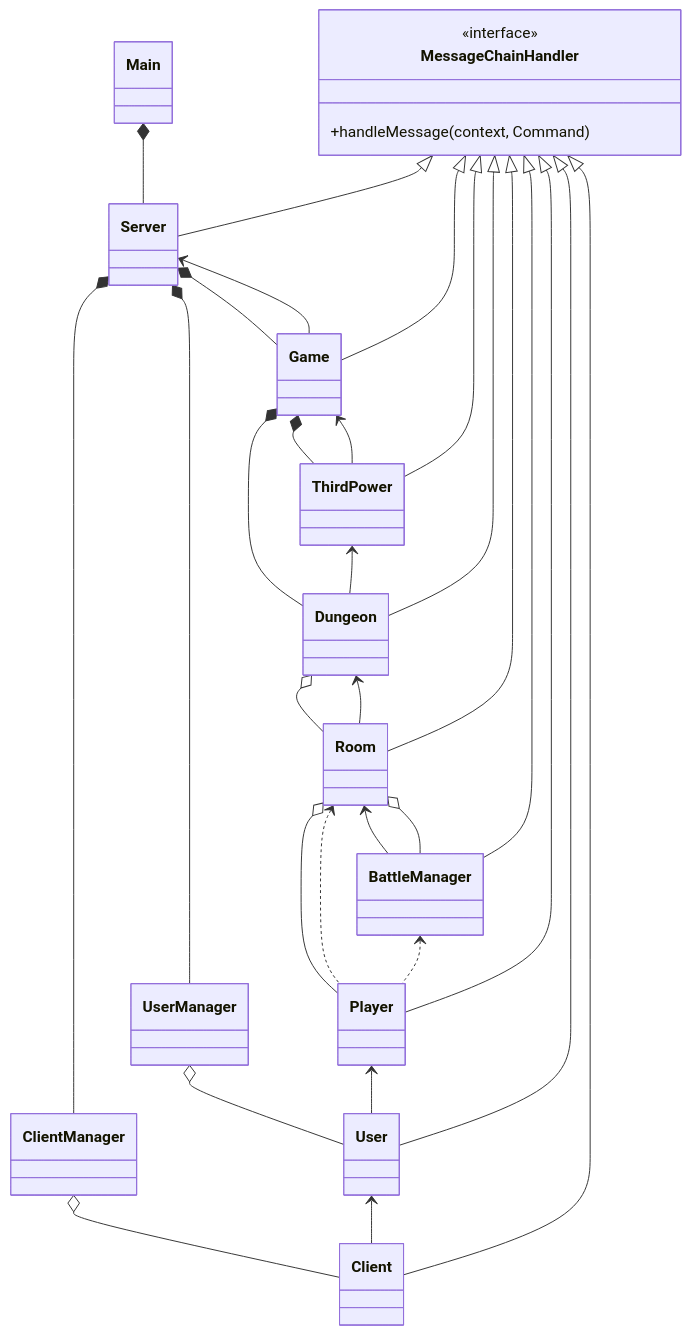
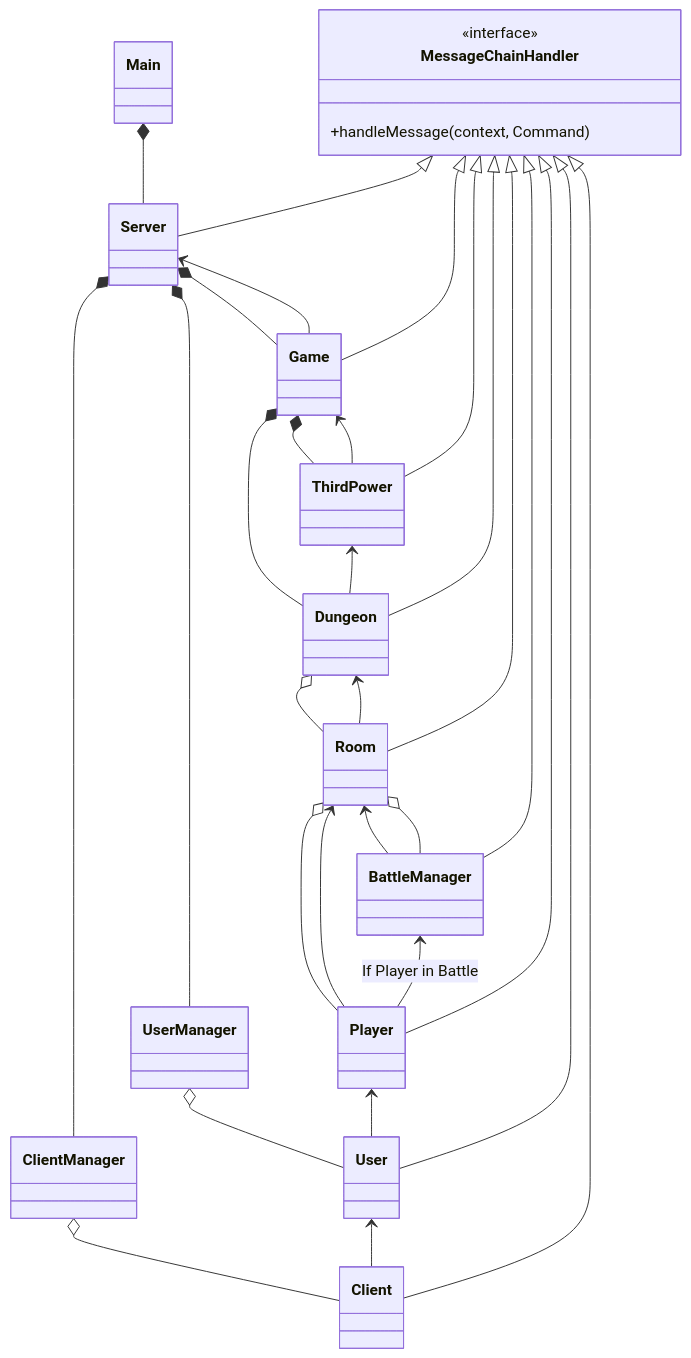
Before and after one commit to GeenDutchman/LHF-MUD: the second of 3 diagrams in gameserver/src/main/java/com/lhf/README.MD, drawn with Mermaid. The commit also changed 5 other files, not shown here.

````diff
--- a/gameserver/src/main/java/com/lhf/README.MD
+++ b/gameserver/src/main/java/com/lhf/README.MD
@@ -122,58 +122,58 @@
 ```mermaid
 classDiagram
     class MessageChainHandler
     <<interface>> MessageChainHandler
     MessageChainHandler: +handleMessage(context, Command)
     class Main
     class Server
     class UserManager
     class User
     class ClientManager
     class Client
     class Game
     class ThirdPower
     class Dungeon
     class Room
     class Player
     class BattleManager    
 
     Main *-- Server
     Server *-- ClientManager
     Server *-- UserManager
     Server *-- Game
 
     UserManager o-- User
     ClientManager o-- Client
 
 
     Game *-- ThirdPower
 
     Game *-- Dungeon
 
     Dungeon o-- Room
 
     Room o-- Player
 
     User <-- Client
     Player <-- User
-    Room <.. Player
+    Room <-- Player
     Room <-- BattleManager
-    BattleManager <.. Player
+    BattleManager <-- Player: If Player in Battle
     Dungeon <-- Room
     ThirdPower <-- Dungeon
     Game <-- ThirdPower
     Server <-- Game    
 
     Room o-- BattleManager
     
     MessageChainHandler <|-- BattleManager
     MessageChainHandler <|-- Player
     MessageChainHandler <|-- Room
     MessageChainHandler <|-- Dungeon
     MessageChainHandler <|-- ThirdPower
     MessageChainHandler <|-- Game
     MessageChainHandler <|-- Server
     MessageChainHandler <|-- User
     MessageChainHandler <|-- Client
 
 ```
````
